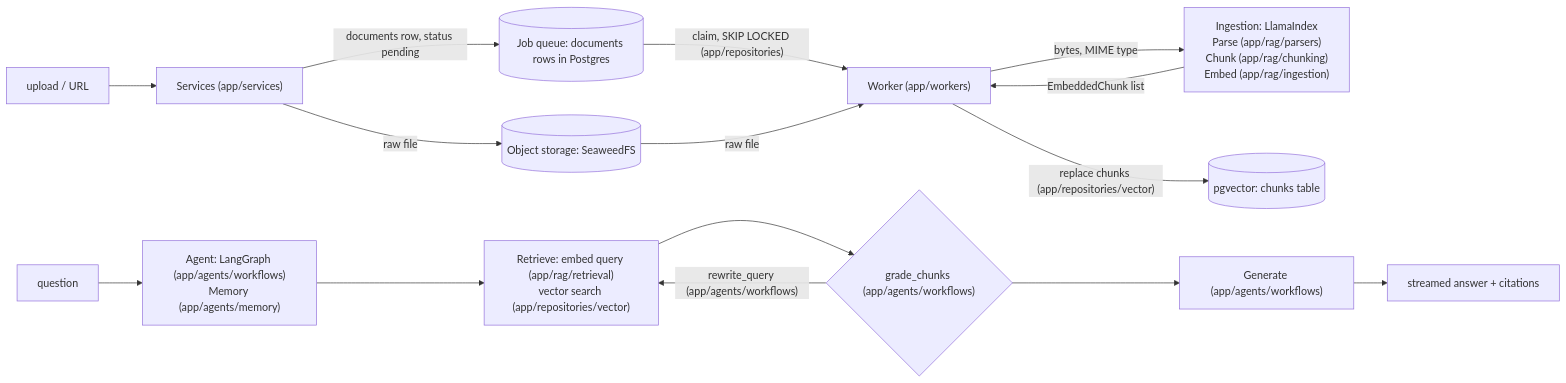
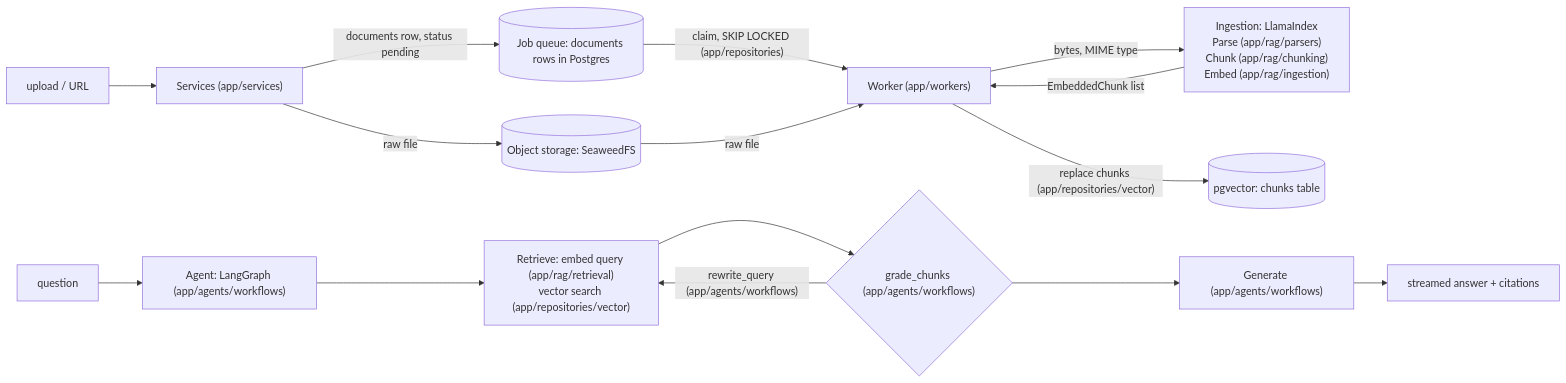
Before and after one commit to JosephSuyam/ragidy: the diagram in docs/architecture/overview.md, drawn with Mermaid. The commit also changed other lines of this file and 8 other files, not shown here.

````diff
--- a/docs/architecture/overview.md
+++ b/docs/architecture/overview.md
@@ -7,13 +7,13 @@
 ```mermaid
 flowchart LR
   src["upload / URL"] --> svc["Services (app/services)"]
   svc -->|"raw file"| objstore[("Object storage: SeaweedFS")]
   svc -->|"documents row, status pending"| queue[("Job queue: documents rows in Postgres")]
   queue -->|"claim, SKIP LOCKED (app/repositories)"| worker["Worker (app/workers)"]
   objstore -->|"raw file"| worker
   worker -->|"bytes, MIME type"| ingest["Ingestion: LlamaIndex<br/>Parse (app/rag/parsers)<br/>Chunk (app/rag/chunking)<br/>Embed (app/rag/ingestion)"]
   ingest -->|"EmbeddedChunk list"| worker
   worker -->|"replace chunks (app/repositories/vector)"| pg[("pgvector: chunks table")]
-  q["question"] --> agent["Agent: LangGraph (app/agents/workflows)<br/>Memory (app/agents/memory)"] --> retrieve["Retrieve: embed query (app/rag/retrieval)<br/>vector search (app/repositories/vector)"] --> grade{"grade_chunks (app/agents/workflows)"} --> generate["Generate (app/agents/workflows)"] --> out["streamed answer + citations"]
+  q["question"] --> agent["Agent: LangGraph (app/agents/workflows)"] --> retrieve["Retrieve: embed query (app/rag/retrieval)<br/>vector search (app/repositories/vector)"] --> grade{"grade_chunks (app/agents/workflows)"} --> generate["Generate (app/agents/workflows)"] --> out["streamed answer + citations"]
   grade -->|"rewrite_query (app/agents/workflows)"| retrieve
 ```
````
